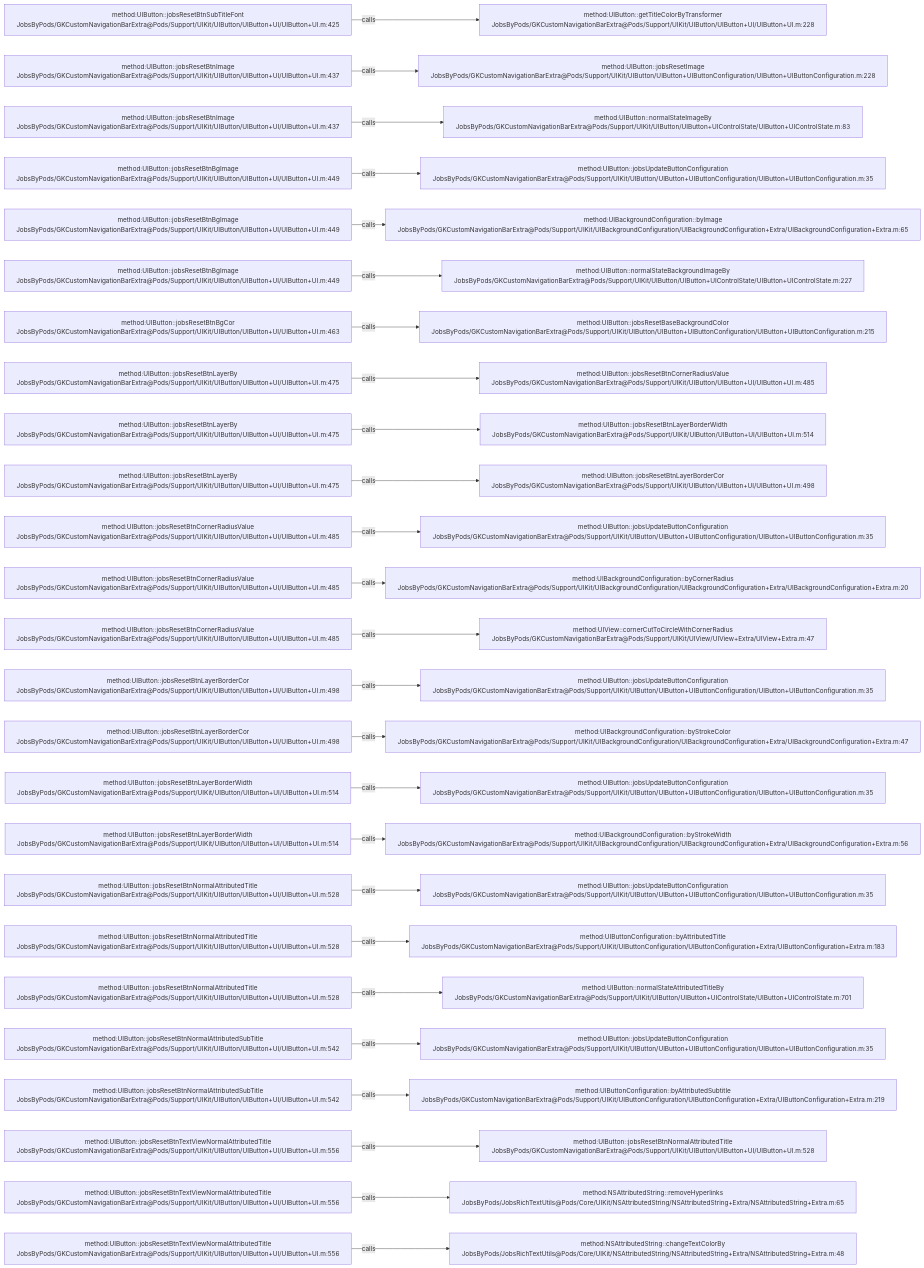
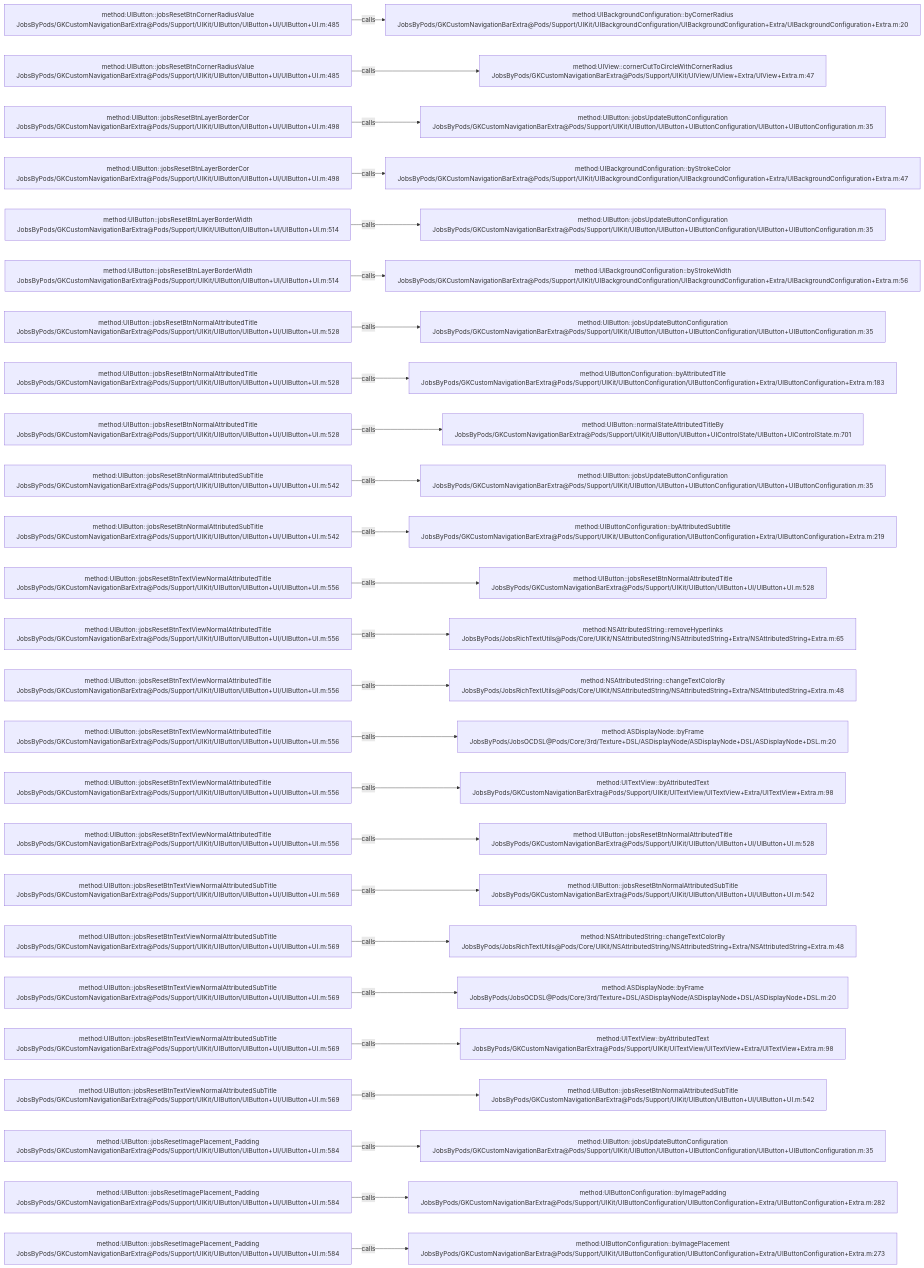
Before and after one commit to JobsKits/JobsOCBaseConfigDemo: the diagram in .codegraph/codegraph.md/graphs/calls-030.md, drawn with Mermaid. The commit also changed 223 other files, not shown here.

````diff
--- a/.codegraph/codegraph.md/graphs/calls-030.md
+++ b/.codegraph/codegraph.md/graphs/calls-030.md
@@ -13,78 +13,78 @@
 ```mermaid
 flowchart LR
-  S1["method:UIButton::jobsResetBtnSubTitleFont<br/>JobsByPods/GKCustomNavigationBarExtra@Pods/Support/UIKit/UIButton/UIButton+UI/UIButton+UI.m:425"]
-  T1["method:UIButton::getTitleColorByTransformer<br/>JobsByPods/GKCustomNavigationBarExtra@Pods/Support/UIKit/UIButton/UIButton+UI/UIButton+UI.m:228"]
+  S1["method:UIButton::jobsResetBtnCornerRadiusValue<br/>JobsByPods/GKCustomNavigationBarExtra@Pods/Support/UIKit/UIButton/UIButton+UI/UIButton+UI.m:485"]
+  T1["method:UIBackgroundConfiguration::byCornerRadius<br/>JobsByPods/GKCustomNavigationBarExtra@Pods/Support/UIKit/UIBackgroundConfiguration/UIBackgroundConfiguration+Extra/UIBackgroundConfiguration+Extra.m:20"]
   S1 -->|calls| T1
-  S2["method:UIButton::jobsResetBtnImage<br/>JobsByPods/GKCustomNavigationBarExtra@Pods/Support/UIKit/UIButton/UIButton+UI/UIButton+UI.m:437"]
-  T2["method:UIButton::jobsResetImage<br/>JobsByPods/GKCustomNavigationBarExtra@Pods/Support/UIKit/UIButton/UIButton+UIButtonConfiguration/UIButton+UIButtonConfiguration.m:228"]
+  S2["method:UIButton::jobsResetBtnCornerRadiusValue<br/>JobsByPods/GKCustomNavigationBarExtra@Pods/Support/UIKit/UIButton/UIButton+UI/UIButton+UI.m:485"]
+  T2["method:UIView::cornerCutToCircleWithCornerRadius<br/>JobsByPods/GKCustomNavigationBarExtra@Pods/Support/UIKit/UIView/UIView+Extra/UIView+Extra.m:47"]
   S2 -->|calls| T2
-  S3["method:UIButton::jobsResetBtnImage<br/>JobsByPods/GKCustomNavigationBarExtra@Pods/Support/UIKit/UIButton/UIButton+UI/UIButton+UI.m:437"]
-  T3["method:UIButton::normalStateImageBy<br/>JobsByPods/GKCustomNavigationBarExtra@Pods/Support/UIKit/UIButton/UIButton+UIControlState/UIButton+UIControlState.m:83"]
+  S3["method:UIButton::jobsResetBtnLayerBorderCor<br/>JobsByPods/GKCustomNavigationBarExtra@Pods/Support/UIKit/UIButton/UIButton+UI/UIButton+UI.m:498"]
+  T3["method:UIButton::jobsUpdateButtonConfiguration<br/>JobsByPods/GKCustomNavigationBarExtra@Pods/Support/UIKit/UIButton/UIButton+UIButtonConfiguration/UIButton+UIButtonConfiguration.m:35"]
   S3 -->|calls| T3
-  S4["method:UIButton::jobsResetBtnBgImage<br/>JobsByPods/GKCustomNavigationBarExtra@Pods/Support/UIKit/UIButton/UIButton+UI/UIButton+UI.m:449"]
-  T4["method:UIButton::jobsUpdateButtonConfiguration<br/>JobsByPods/GKCustomNavigationBarExtra@Pods/Support/UIKit/UIButton/UIButton+UIButtonConfiguration/UIButton+UIButtonConfiguration.m:35"]
+  S4["method:UIButton::jobsResetBtnLayerBorderCor<br/>JobsByPods/GKCustomNavigationBarExtra@Pods/Support/UIKit/UIButton/UIButton+UI/UIButton+UI.m:498"]
+  T4["method:UIBackgroundConfiguration::byStrokeColor<br/>JobsByPods/GKCustomNavigationBarExtra@Pods/Support/UIKit/UIBackgroundConfiguration/UIBackgroundConfiguration+Extra/UIBackgroundConfiguration+Extra.m:47"]
   S4 -->|calls| T4
-  S5["method:UIButton::jobsResetBtnBgImage<br/>JobsByPods/GKCustomNavigationBarExtra@Pods/Support/UIKit/UIButton/UIButton+UI/UIButton+UI.m:449"]
-  T5["method:UIBackgroundConfiguration::byImage<br/>JobsByPods/GKCustomNavigationBarExtra@Pods/Support/UIKit/UIBackgroundConfiguration/UIBackgroundConfiguration+Extra/UIBackgroundConfiguration+Extra.m:65"]
+  S5["method:UIButton::jobsResetBtnLayerBorderWidth<br/>JobsByPods/GKCustomNavigationBarExtra@Pods/Support/UIKit/UIButton/UIButton+UI/UIButton+UI.m:514"]
+  T5["method:UIButton::jobsUpdateButtonConfiguration<br/>JobsByPods/GKCustomNavigationBarExtra@Pods/Support/UIKit/UIButton/UIButton+UIButtonConfiguration/UIButton+UIButtonConfiguration.m:35"]
   S5 -->|calls| T5
-  S6["method:UIButton::jobsResetBtnBgImage<br/>JobsByPods/GKCustomNavigationBarExtra@Pods/Support/UIKit/UIButton/UIButton+UI/UIButton+UI.m:449"]
-  T6["method:UIButton::normalStateBackgroundImageBy<br/>JobsByPods/GKCustomNavigationBarExtra@Pods/Support/UIKit/UIButton/UIButton+UIControlState/UIButton+UIControlState.m:227"]
+  S6["method:UIButton::jobsResetBtnLayerBorderWidth<br/>JobsByPods/GKCustomNavigationBarExtra@Pods/Support/UIKit/UIButton/UIButton+UI/UIButton+UI.m:514"]
+  T6["method:UIBackgroundConfiguration::byStrokeWidth<br/>JobsByPods/GKCustomNavigationBarExtra@Pods/Support/UIKit/UIBackgroundConfiguration/UIBackgroundConfiguration+Extra/UIBackgroundConfiguration+Extra.m:56"]
   S6 -->|calls| T6
-  S7["method:UIButton::jobsResetBtnBgCor<br/>JobsByPods/GKCustomNavigationBarExtra@Pods/Support/UIKit/UIButton/UIButton+UI/UIButton+UI.m:463"]
-  T7["method:UIButton::jobsResetBaseBackgroundColor<br/>JobsByPods/GKCustomNavigationBarExtra@Pods/Support/UIKit/UIButton/UIButton+UIButtonConfiguration/UIButton+UIButtonConfiguration.m:215"]
+  S7["method:UIButton::jobsResetBtnNormalAttributedTitle<br/>JobsByPods/GKCustomNavigationBarExtra@Pods/Support/UIKit/UIButton/UIButton+UI/UIButton+UI.m:528"]
+  T7["method:UIButton::jobsUpdateButtonConfiguration<br/>JobsByPods/GKCustomNavigationBarExtra@Pods/Support/UIKit/UIButton/UIButton+UIButtonConfiguration/UIButton+UIButtonConfiguration.m:35"]
   S7 -->|calls| T7
-  S8["method:UIButton::jobsResetBtnLayerBy<br/>JobsByPods/GKCustomNavigationBarExtra@Pods/Support/UIKit/UIButton/UIButton+UI/UIButton+UI.m:475"]
-  T8["method:UIButton::jobsResetBtnCornerRadiusValue<br/>JobsByPods/GKCustomNavigationBarExtra@Pods/Support/UIKit/UIButton/UIButton+UI/UIButton+UI.m:485"]
+  S8["method:UIButton::jobsResetBtnNormalAttributedTitle<br/>JobsByPods/GKCustomNavigationBarExtra@Pods/Support/UIKit/UIButton/UIButton+UI/UIButton+UI.m:528"]
+  T8["method:UIButtonConfiguration::byAttributedTitle<br/>JobsByPods/GKCustomNavigationBarExtra@Pods/Support/UIKit/UIButtonConfiguration/UIButtonConfiguration+Extra/UIButtonConfiguration+Extra.m:183"]
   S8 -->|calls| T8
-  S9["method:UIButton::jobsResetBtnLayerBy<br/>JobsByPods/GKCustomNavigationBarExtra@Pods/Support/UIKit/UIButton/UIButton+UI/UIButton+UI.m:475"]
-  T9["method:UIButton::jobsResetBtnLayerBorderWidth<br/>JobsByPods/GKCustomNavigationBarExtra@Pods/Support/UIKit/UIButton/UIButton+UI/UIButton+UI.m:514"]
+  S9["method:UIButton::jobsResetBtnNormalAttributedTitle<br/>JobsByPods/GKCustomNavigationBarExtra@Pods/Support/UIKit/UIButton/UIButton+UI/UIButton+UI.m:528"]
+  T9["method:UIButton::normalStateAttributedTitleBy<br/>JobsByPods/GKCustomNavigationBarExtra@Pods/Support/UIKit/UIButton/UIButton+UIControlState/UIButton+UIControlState.m:701"]
   S9 -->|calls| T9
-  S10["method:UIButton::jobsResetBtnLayerBy<br/>JobsByPods/GKCustomNavigationBarExtra@Pods/Support/UIKit/UIButton/UIButton+UI/UIButton+UI.m:475"]
-  T10["method:UIButton::jobsResetBtnLayerBorderCor<br/>JobsByPods/GKCustomNavigationBarExtra@Pods/Support/UIKit/UIButton/UIButton+UI/UIButton+UI.m:498"]
+  S10["method:UIButton::jobsResetBtnNormalAttributedSubTitle<br/>JobsByPods/GKCustomNavigationBarExtra@Pods/Support/UIKit/UIButton/UIButton+UI/UIButton+UI.m:542"]
+  T10["method:UIButton::jobsUpdateButtonConfiguration<br/>JobsByPods/GKCustomNavigationBarExtra@Pods/Support/UIKit/UIButton/UIButton+UIButtonConfiguration/UIButton+UIButtonConfiguration.m:35"]
   S10 -->|calls| T10
-  S11["method:UIButton::jobsResetBtnCornerRadiusValue<br/>JobsByPods/GKCustomNavigationBarExtra@Pods/Support/UIKit/UIButton/UIButton+UI/UIButton+UI.m:485"]
-  T11["method:UIButton::jobsUpdateButtonConfiguration<br/>JobsByPods/GKCustomNavigationBarExtra@Pods/Support/UIKit/UIButton/UIButton+UIButtonConfiguration/UIButton+UIButtonConfiguration.m:35"]
+  S11["method:UIButton::jobsResetBtnNormalAttributedSubTitle<br/>JobsByPods/GKCustomNavigationBarExtra@Pods/Support/UIKit/UIButton/UIButton+UI/UIButton+UI.m:542"]
+  T11["method:UIButtonConfiguration::byAttributedSubtitle<br/>JobsByPods/GKCustomNavigationBarExtra@Pods/Support/UIKit/UIButtonConfiguration/UIButtonConfiguration+Extra/UIButtonConfiguration+Extra.m:219"]
   S11 -->|calls| T11
-  S12["method:UIButton::jobsResetBtnCornerRadiusValue<br/>JobsByPods/GKCustomNavigationBarExtra@Pods/Support/UIKit/UIButton/UIButton+UI/UIButton+UI.m:485"]
-  T12["method:UIBackgroundConfiguration::byCornerRadius<br/>JobsByPods/GKCustomNavigationBarExtra@Pods/Support/UIKit/UIBackgroundConfiguration/UIBackgroundConfiguration+Extra/UIBackgroundConfiguration+Extra.m:20"]
+  S12["method:UIButton::jobsResetBtnTextViewNormalAttributedTitle<br/>JobsByPods/GKCustomNavigationBarExtra@Pods/Support/UIKit/UIButton/UIButton+UI/UIButton+UI.m:556"]
+  T12["method:UIButton::jobsResetBtnNormalAttributedTitle<br/>JobsByPods/GKCustomNavigationBarExtra@Pods/Support/UIKit/UIButton/UIButton+UI/UIButton+UI.m:528"]
   S12 -->|calls| T12
-  S13["method:UIButton::jobsResetBtnCornerRadiusValue<br/>JobsByPods/GKCustomNavigationBarExtra@Pods/Support/UIKit/UIButton/UIButton+UI/UIButton+UI.m:485"]
-  T13["method:UIView::cornerCutToCircleWithCornerRadius<br/>JobsByPods/GKCustomNavigationBarExtra@Pods/Support/UIKit/UIView/UIView+Extra/UIView+Extra.m:47"]
+  S13["method:UIButton::jobsResetBtnTextViewNormalAttributedTitle<br/>JobsByPods/GKCustomNavigationBarExtra@Pods/Support/UIKit/UIButton/UIButton+UI/UIButton+UI.m:556"]
+  T13["method:NSAttributedString::removeHyperlinks<br/>JobsByPods/JobsRichTextUtils@Pods/Core/UIKit/NSAttributedString/NSAttributedString+Extra/NSAttributedString+Extra.m:65"]
   S13 -->|calls| T13
-  S14["method:UIButton::jobsResetBtnLayerBorderCor<br/>JobsByPods/GKCustomNavigationBarExtra@Pods/Support/UIKit/UIButton/UIButton+UI/UIButton+UI.m:498"]
-  T14["method:UIButton::jobsUpdateButtonConfiguration<br/>JobsByPods/GKCustomNavigationBarExtra@Pods/Support/UIKit/UIButton/UIButton+UIButtonConfiguration/UIButton+UIButtonConfiguration.m:35"]
+  S14["method:UIButton::jobsResetBtnTextViewNormalAttributedTitle<br/>JobsByPods/GKCustomNavigationBarExtra@Pods/Support/UIKit/UIButton/UIButton+UI/UIButton+UI.m:556"]
+  T14["method:NSAttributedString::changeTextColorBy<br/>JobsByPods/JobsRichTextUtils@Pods/Core/UIKit/NSAttributedString/NSAttributedString+Extra/NSAttributedString+Extra.m:48"]
   S14 -->|calls| T14
-  S15["method:UIButton::jobsResetBtnLayerBorderCor<br/>JobsByPods/GKCustomNavigationBarExtra@Pods/Support/UIKit/UIButton/UIButton+UI/UIButton+UI.m:498"]
-  T15["method:UIBackgroundConfiguration::byStrokeColor<br/>JobsByPods/GKCustomNavigationBarExtra@Pods/Support/UIKit/UIBackgroundConfiguration/UIBackgroundConfiguration+Extra/UIBackgroundConfiguration+Extra.m:47"]
+  S15["method:UIButton::jobsResetBtnTextViewNormalAttributedTitle<br/>JobsByPods/GKCustomNavigationBarExtra@Pods/Support/UIKit/UIButton/UIButton+UI/UIButton+UI.m:556"]
+  T15["method:ASDisplayNode::byFrame<br/>JobsByPods/JobsOCDSL@Pods/Core/3rd/Texture+DSL/ASDisplayNode/ASDisplayNode+DSL/ASDisplayNode+DSL.m:20"]
   S15 -->|calls| T15
-  S16["method:UIButton::jobsResetBtnLayerBorderWidth<br/>JobsByPods/GKCustomNavigationBarExtra@Pods/Support/UIKit/UIButton/UIButton+UI/UIButton+UI.m:514"]
-  T16["method:UIButton::jobsUpdateButtonConfiguration<br/>JobsByPods/GKCustomNavigationBarExtra@Pods/Support/UIKit/UIButton/UIButton+UIButtonConfiguration/UIButton+UIButtonConfiguration.m:35"]
+  S16["method:UIButton::jobsResetBtnTextViewNormalAttributedTitle<br/>JobsByPods/GKCustomNavigationBarExtra@Pods/Support/UIKit/UIButton/UIButton+UI/UIButton+UI.m:556"]
+  T16["method:UITextView::byAttributedText<br/>JobsByPods/GKCustomNavigationBarExtra@Pods/Support/UIKit/UITextView/UITextView+Extra/UITextView+Extra.m:98"]
   S16 -->|calls| T16
-  S17["method:UIButton::jobsResetBtnLayerBorderWidth<br/>JobsByPods/GKCustomNavigationBarExtra@Pods/Support/UIKit/UIButton/UIButton+UI/UIButton+UI.m:514"]
-  T17["method:UIBackgroundConfiguration::byStrokeWidth<br/>JobsByPods/GKCustomNavigationBarExtra@Pods/Support/UIKit/UIBackgroundConfiguration/UIBackgroundConfiguration+Extra/UIBackgroundConfiguration+Extra.m:56"]
+  S17["method:UIButton::jobsResetBtnTextViewNormalAttributedTitle<br/>JobsByPods/GKCustomNavigationBarExtra@Pods/Support/UIKit/UIButton/UIButton+UI/UIButton+UI.m:556"]
+  T17["method:UIButton::jobsResetBtnNormalAttributedTitle<br/>JobsByPods/GKCustomNavigationBarExtra@Pods/Support/UIKit/UIButton/UIButton+UI/UIButton+UI.m:528"]
   S17 -->|calls| T17
-  S18["method:UIButton::jobsResetBtnNormalAttributedTitle<br/>JobsByPods/GKCustomNavigationBarExtra@Pods/Support/UIKit/UIButton/UIButton+UI/UIButton+UI.m:528"]
-  T18["method:UIButton::jobsUpdateButtonConfiguration<br/>JobsByPods/GKCustomNavigationBarExtra@Pods/Support/UIKit/UIButton/UIButton+UIButtonConfiguration/UIButton+UIButtonConfiguration.m:35"]
+  S18["method:UIButton::jobsResetBtnTextViewNormalAttributedSubTitle<br/>JobsByPods/GKCustomNavigationBarExtra@Pods/Support/UIKit/UIButton/UIButton+UI/UIButton+UI.m:569"]
+  T18["method:UIButton::jobsResetBtnNormalAttributedSubTitle<br/>JobsByPods/GKCustomNavigationBarExtra@Pods/Support/UIKit/UIButton/UIButton+UI/UIButton+UI.m:542"]
   S18 -->|calls| T18
-  S19["method:UIButton::jobsResetBtnNormalAttributedTitle<br/>JobsByPods/GKCustomNavigationBarExtra@Pods/Support/UIKit/UIButton/UIButton+UI/UIButton+UI.m:528"]
-  T19["method:UIButtonConfiguration::byAttributedTitle<br/>JobsByPods/GKCustomNavigationBarExtra@Pods/Support/UIKit/UIButtonConfiguration/UIButtonConfiguration+Extra/UIButtonConfiguration+Extra.m:183"]
+  S19["method:UIButton::jobsResetBtnTextViewNormalAttributedSubTitle<br/>JobsByPods/GKCustomNavigationBarExtra@Pods/Support/UIKit/UIButton/UIButton+UI/UIButton+UI.m:569"]
+  T19["method:NSAttributedString::changeTextColorBy<br/>JobsByPods/JobsRichTextUtils@Pods/Core/UIKit/NSAttributedString/NSAttributedString+Extra/NSAttributedString+Extra.m:48"]
   S19 -->|calls| T19
-  S20["method:UIButton::jobsResetBtnNormalAttributedTitle<br/>JobsByPods/GKCustomNavigationBarExtra@Pods/Support/UIKit/UIButton/UIButton+UI/UIButton+UI.m:528"]
-  T20["method:UIButton::normalStateAttributedTitleBy<br/>JobsByPods/GKCustomNavigationBarExtra@Pods/Support/UIKit/UIButton/UIButton+UIControlState/UIButton+UIControlState.m:701"]
+  S20["method:UIButton::jobsResetBtnTextViewNormalAttributedSubTitle<br/>JobsByPods/GKCustomNavigationBarExtra@Pods/Support/UIKit/UIButton/UIButton+UI/UIButton+UI.m:569"]
+  T20["method:ASDisplayNode::byFrame<br/>JobsByPods/JobsOCDSL@Pods/Core/3rd/Texture+DSL/ASDisplayNode/ASDisplayNode+DSL/ASDisplayNode+DSL.m:20"]
   S20 -->|calls| T20
-  S21["method:UIButton::jobsResetBtnNormalAttributedSubTitle<br/>JobsByPods/GKCustomNavigationBarExtra@Pods/Support/UIKit/UIButton/UIButton+UI/UIButton+UI.m:542"]
-  T21["method:UIButton::jobsUpdateButtonConfiguration<br/>JobsByPods/GKCustomNavigationBarExtra@Pods/Support/UIKit/UIButton/UIButton+UIButtonConfiguration/UIButton+UIButtonConfiguration.m:35"]
+  S21["method:UIButton::jobsResetBtnTextViewNormalAttributedSubTitle<br/>JobsByPods/GKCustomNavigationBarExtra@Pods/Support/UIKit/UIButton/UIButton+UI/UIButton+UI.m:569"]
+  T21["method:UITextView::byAttributedText<br/>JobsByPods/GKCustomNavigationBarExtra@Pods/Support/UIKit/UITextView/UITextView+Extra/UITextView+Extra.m:98"]
   S21 -->|calls| T21
-  S22["method:UIButton::jobsResetBtnNormalAttributedSubTitle<br/>JobsByPods/GKCustomNavigationBarExtra@Pods/Support/UIKit/UIButton/UIButton+UI/UIButton+UI.m:542"]
-  T22["method:UIButtonConfiguration::byAttributedSubtitle<br/>JobsByPods/GKCustomNavigationBarExtra@Pods/Support/UIKit/UIButtonConfiguration/UIButtonConfiguration+Extra/UIButtonConfiguration+Extra.m:219"]
+  S22["method:UIButton::jobsResetBtnTextViewNormalAttributedSubTitle<br/>JobsByPods/GKCustomNavigationBarExtra@Pods/Support/UIKit/UIButton/UIButton+UI/UIButton+UI.m:569"]
+  T22["method:UIButton::jobsResetBtnNormalAttributedSubTitle<br/>JobsByPods/GKCustomNavigationBarExtra@Pods/Support/UIKit/UIButton/UIButton+UI/UIButton+UI.m:542"]
   S22 -->|calls| T22
-  S23["method:UIButton::jobsResetBtnTextViewNormalAttributedTitle<br/>JobsByPods/GKCustomNavigationBarExtra@Pods/Support/UIKit/UIButton/UIButton+UI/UIButton+UI.m:556"]
-  T23["method:UIButton::jobsResetBtnNormalAttributedTitle<br/>JobsByPods/GKCustomNavigationBarExtra@Pods/Support/UIKit/UIButton/UIButton+UI/UIButton+UI.m:528"]
+  S23["method:UIButton::jobsResetImagePlacement_Padding<br/>JobsByPods/GKCustomNavigationBarExtra@Pods/Support/UIKit/UIButton/UIButton+UI/UIButton+UI.m:584"]
+  T23["method:UIButton::jobsUpdateButtonConfiguration<br/>JobsByPods/GKCustomNavigationBarExtra@Pods/Support/UIKit/UIButton/UIButton+UIButtonConfiguration/UIButton+UIButtonConfiguration.m:35"]
   S23 -->|calls| T23
-  S24["method:UIButton::jobsResetBtnTextViewNormalAttributedTitle<br/>JobsByPods/GKCustomNavigationBarExtra@Pods/Support/UIKit/UIButton/UIButton+UI/UIButton+UI.m:556"]
-  T24["method:NSAttributedString::removeHyperlinks<br/>JobsByPods/JobsRichTextUtils@Pods/Core/UIKit/NSAttributedString/NSAttributedString+Extra/NSAttributedString+Extra.m:65"]
+  S24["method:UIButton::jobsResetImagePlacement_Padding<br/>JobsByPods/GKCustomNavigationBarExtra@Pods/Support/UIKit/UIButton/UIButton+UI/UIButton+UI.m:584"]
+  T24["method:UIButtonConfiguration::byImagePadding<br/>JobsByPods/GKCustomNavigationBarExtra@Pods/Support/UIKit/UIButtonConfiguration/UIButtonConfiguration+Extra/UIButtonConfiguration+Extra.m:282"]
   S24 -->|calls| T24
-  S25["method:UIButton::jobsResetBtnTextViewNormalAttributedTitle<br/>JobsByPods/GKCustomNavigationBarExtra@Pods/Support/UIKit/UIButton/UIButton+UI/UIButton+UI.m:556"]
-  T25["method:NSAttributedString::changeTextColorBy<br/>JobsByPods/JobsRichTextUtils@Pods/Core/UIKit/NSAttributedString/NSAttributedString+Extra/NSAttributedString+Extra.m:48"]
+  S25["method:UIButton::jobsResetImagePlacement_Padding<br/>JobsByPods/GKCustomNavigationBarExtra@Pods/Support/UIKit/UIButton/UIButton+UI/UIButton+UI.m:584"]
+  T25["method:UIButtonConfiguration::byImagePlacement<br/>JobsByPods/GKCustomNavigationBarExtra@Pods/Support/UIKit/UIButtonConfiguration/UIButtonConfiguration+Extra/UIButtonConfiguration+Extra.m:273"]
   S25 -->|calls| T25
 ```
````
